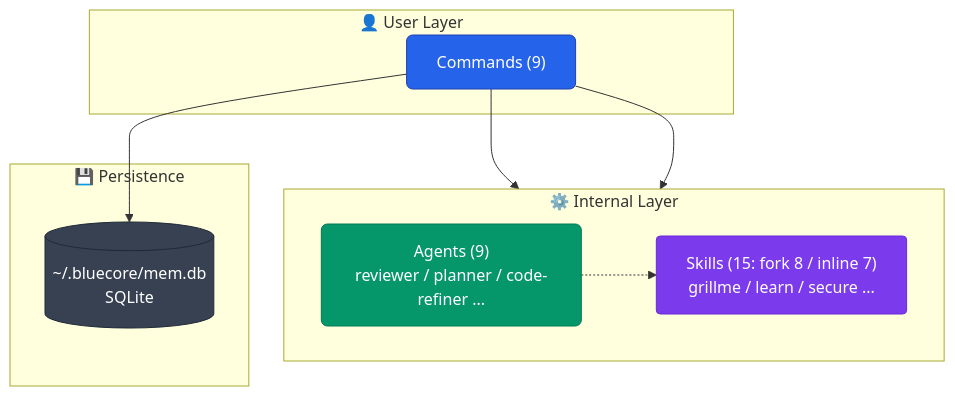
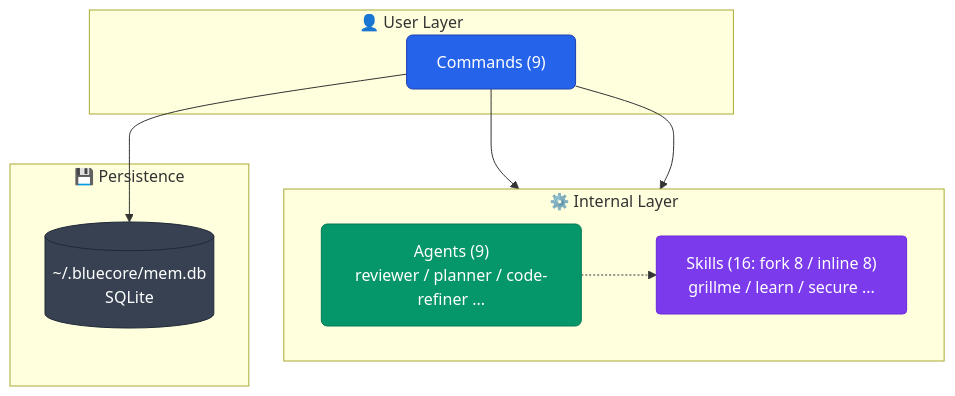
Diagram 12 of 12 in README.md (aokumablue/claq), drawn with Mermaid before and after one commit. The commit also changed 11 other files, not shown here.

````diff
--- a/README.md
+++ b/README.md
@@ -520,26 +520,26 @@
 ```mermaid
 flowchart TB
   classDef cmd    fill:#2563eb,stroke:#1e40af,color:#fff,rx:6
   classDef agent  fill:#059669,stroke:#047857,color:#fff,rx:6
   classDef skill  fill:#7c3aed,stroke:#6d28d9,color:#fff,rx:4
   classDef store  fill:#374151,stroke:#1f2937,color:#fff,rx:4
 
   subgraph user["👤 User Layer"]
     CMD["Commands (9)"]:::cmd
   end
 
   subgraph internal["⚙️ Internal Layer"]
     direction LR
     AGT["Agents (9)<br/>reviewer / planner / code-refiner ..."]:::agent
-    SKL["Skills (15: fork 8 / inline 7)<br/>grillme / learn / secure ..."]:::skill
+    SKL["Skills (16: fork 8 / inline 8)<br/>grillme / learn / secure ..."]:::skill
   end
 
   subgraph persistence["💾 Persistence"]
     DB[("~/.bluecore/mem.db<br/>SQLite")]:::store
   end
 
   CMD --> AGT
   CMD --> SKL
   AGT -.-> SKL
   CMD --> DB
 ```
````
